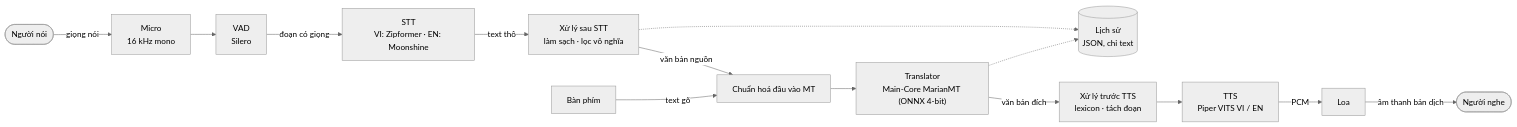
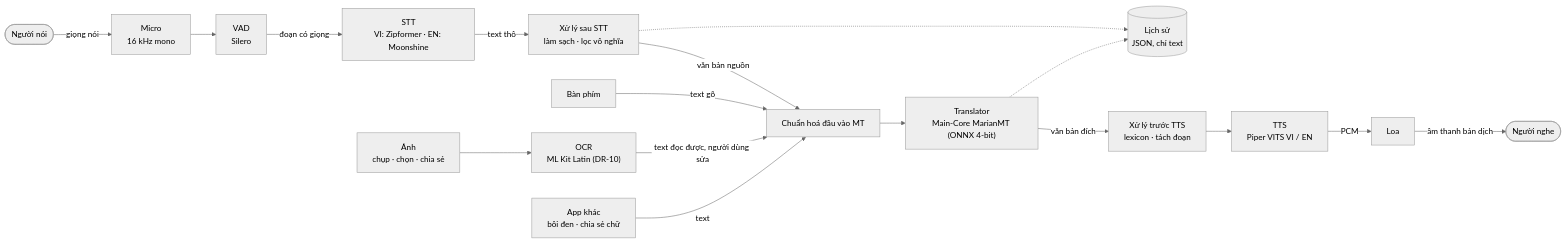
The first of 2 diagrams in AppProduct/docs/architecture.md (PTDat203/VietTechTrans), drawn with Mermaid (neutral theme) before and after one commit. The commit also changed other lines of this file and 71 other files, not shown here.

````diff
--- a/AppProduct/docs/architecture.md
+++ b/AppProduct/docs/architecture.md
@@ -10,16 +10,19 @@
 ```mermaid
 flowchart LR
   A(["Người nói"]) -->|giọng nói| MIC["Micro<br/>16 kHz mono"]
   MIC --> VAD["VAD<br/>Silero"]
   VAD -->|đoạn có giọng| STT["STT<br/>VI: Zipformer · EN: Moonshine"]
   STT -->|text thô| POST["Xử lý sau STT<br/>làm sạch · lọc vô nghĩa"]
   KB["Bàn phím"] -->|text gõ| NORM
+  IMG["Ảnh<br/>chụp · chọn · chia sẻ"] --> OCR["OCR<br/>ML Kit Latin (DR-10)"]
+  OCR -->|text đọc được, người dùng sửa| NORM
+  EXT["App khác<br/>bôi đen · chia sẻ chữ"] -->|text| NORM
   POST -->|văn bản nguồn| NORM["Chuẩn hoá đầu vào MT"]
   NORM --> MT["Translator<br/>Main-Core MarianMT (ONNX 4-bit)"]
   MT -->|văn bản đích| PRE["Xử lý trước TTS<br/>lexicon · tách đoạn"]
   PRE --> TTS["TTS<br/>Piper VITS VI / EN"]
   TTS -->|PCM| SPK["Loa"]
   SPK -->|âm thanh bản dịch| B(["Người nghe"])
   POST -.-> H[("Lịch sử<br/>JSON, chỉ text")]
   MT -.-> H
 ```
````
